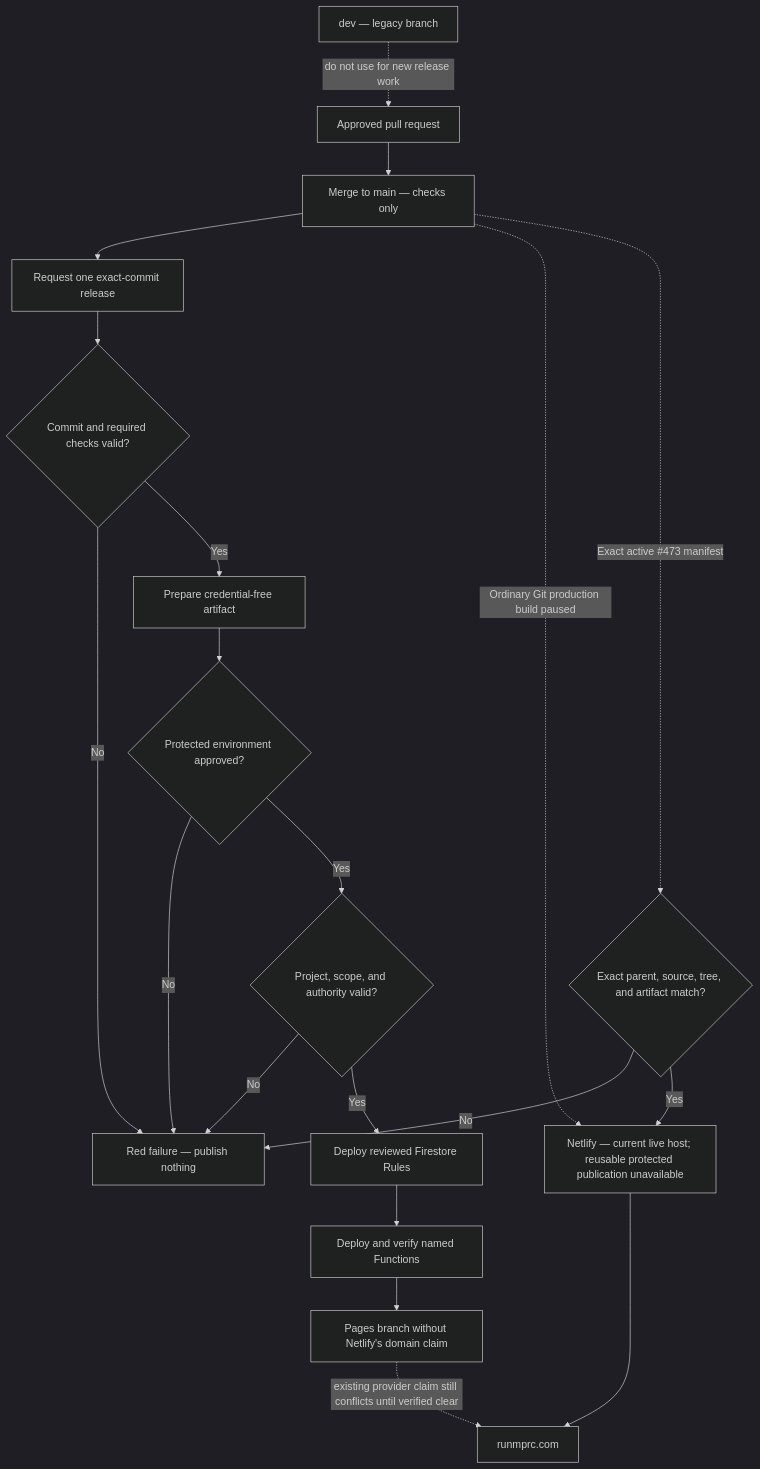
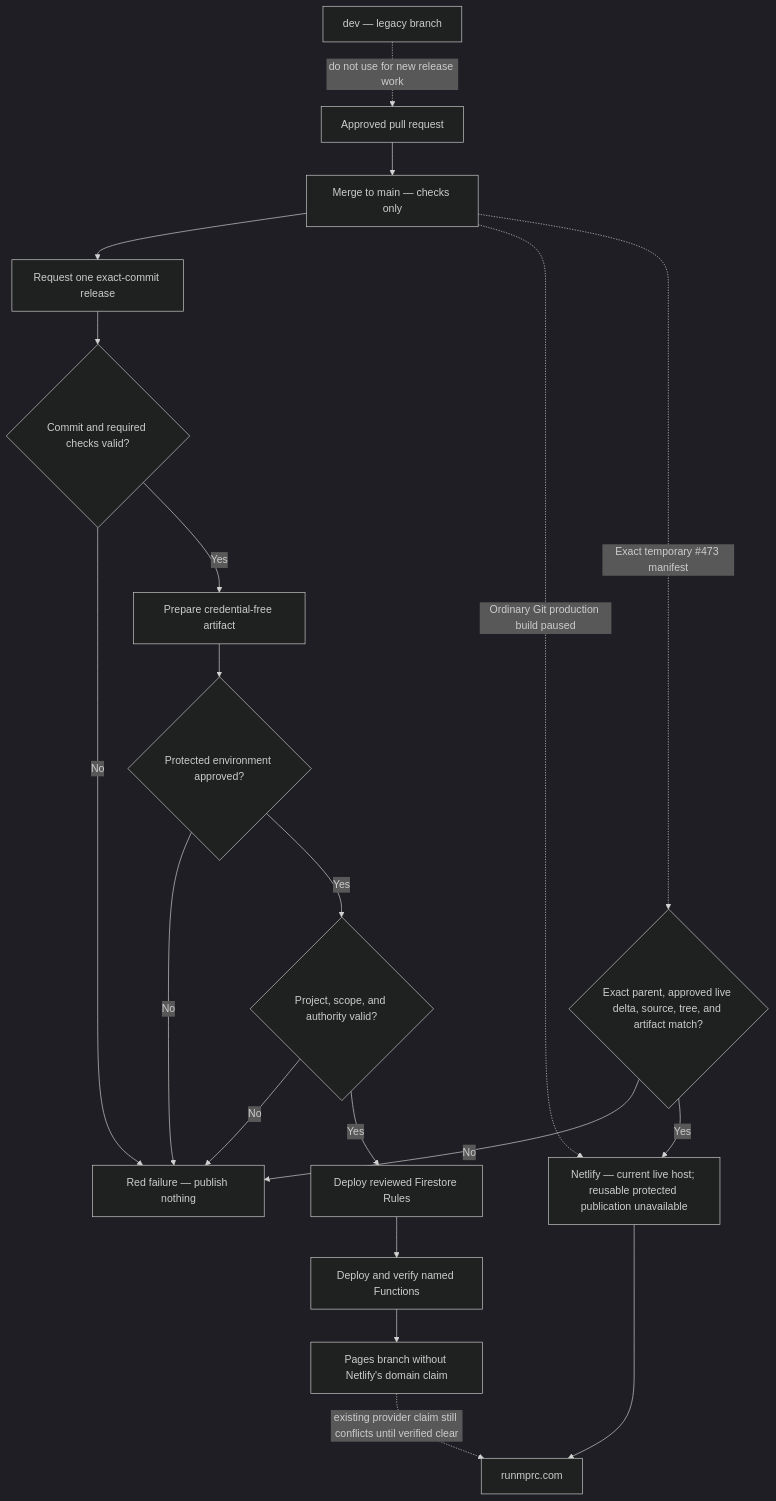
One commit to Run-MPRC/Run-MPRC.github.io changed the fourth of 9 diagrams in docs/officers/SYSTEM_MAPS.md. Above: the diagram before and after it, drawn with Mermaid (dark theme). The commit also changed other lines of this file and 13 other files, not shown here.

````diff
--- a/docs/officers/SYSTEM_MAPS.md
+++ b/docs/officers/SYSTEM_MAPS.md
@@ -71,22 +71,22 @@
 ```mermaid
 flowchart TD
     PR["Approved pull request"] --> Main["Merge to main — checks only"]
     Main --> Request["Request one exact-commit release"]
     Request --> Preflight{"Commit and required checks valid?"}
     Preflight -- "No" --> Stop["Red failure — publish nothing"]
     Preflight -- "Yes" --> Prepare["Prepare credential-free artifact"]
     Prepare --> Approval{"Protected environment approved?"}
     Approval -- "No" --> Stop
     Approval -- "Yes" --> Gate{"Project, scope, and authority valid?"}
     Gate -- "No" --> Stop
     Gate -- "Yes" --> Rules["Deploy reviewed Firestore Rules"]
     Rules --> Functions["Deploy and verify named Functions"]
     Functions --> Pages["Pages branch without Netlify's domain claim"]
     Main -. "Ordinary Git production build paused" .-> Netlify
-    Main -. "Exact active #473 manifest" .-> WebGate{"Exact parent, source, tree, and artifact match?"}
+    Main -. "Exact temporary #473 manifest" .-> WebGate{"Exact parent, approved live delta, source, tree, and artifact match?"}
     WebGate -- "No" --> Stop
     WebGate -- "Yes" --> Netlify
     Netlify["Netlify — current live host; reusable protected publication unavailable"] --> Live["runmprc.com"]
     Pages -. "existing provider claim still conflicts until verified clear" .-> Live
     Dev["dev — legacy branch"] -. "do not use for new release work" .-> PR
 ```
````
